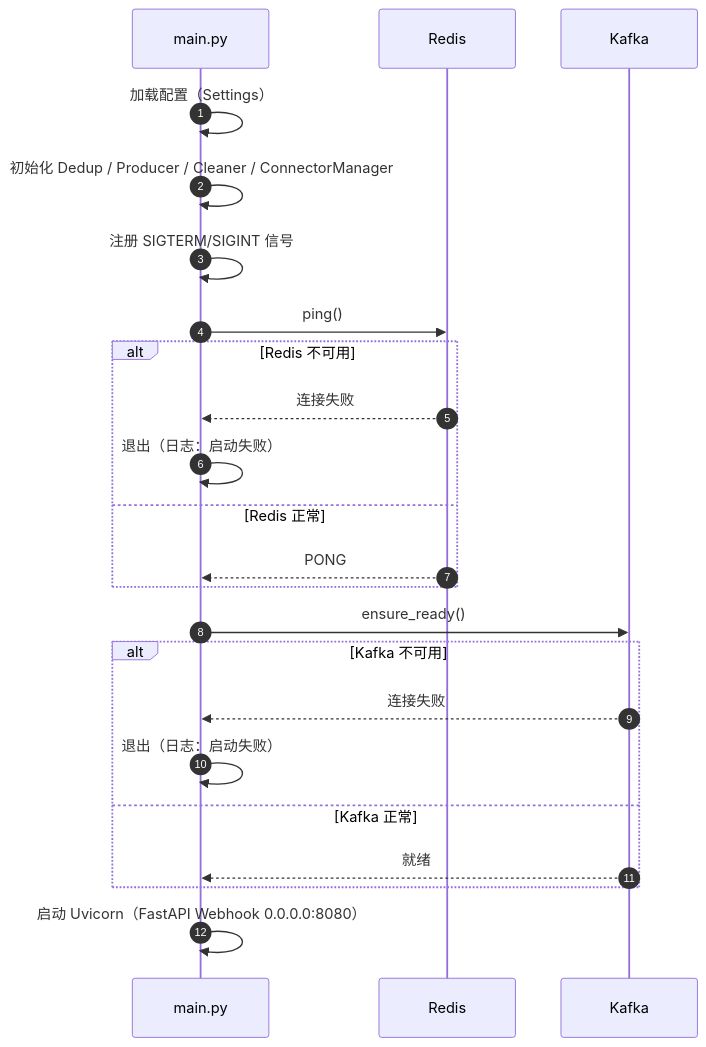
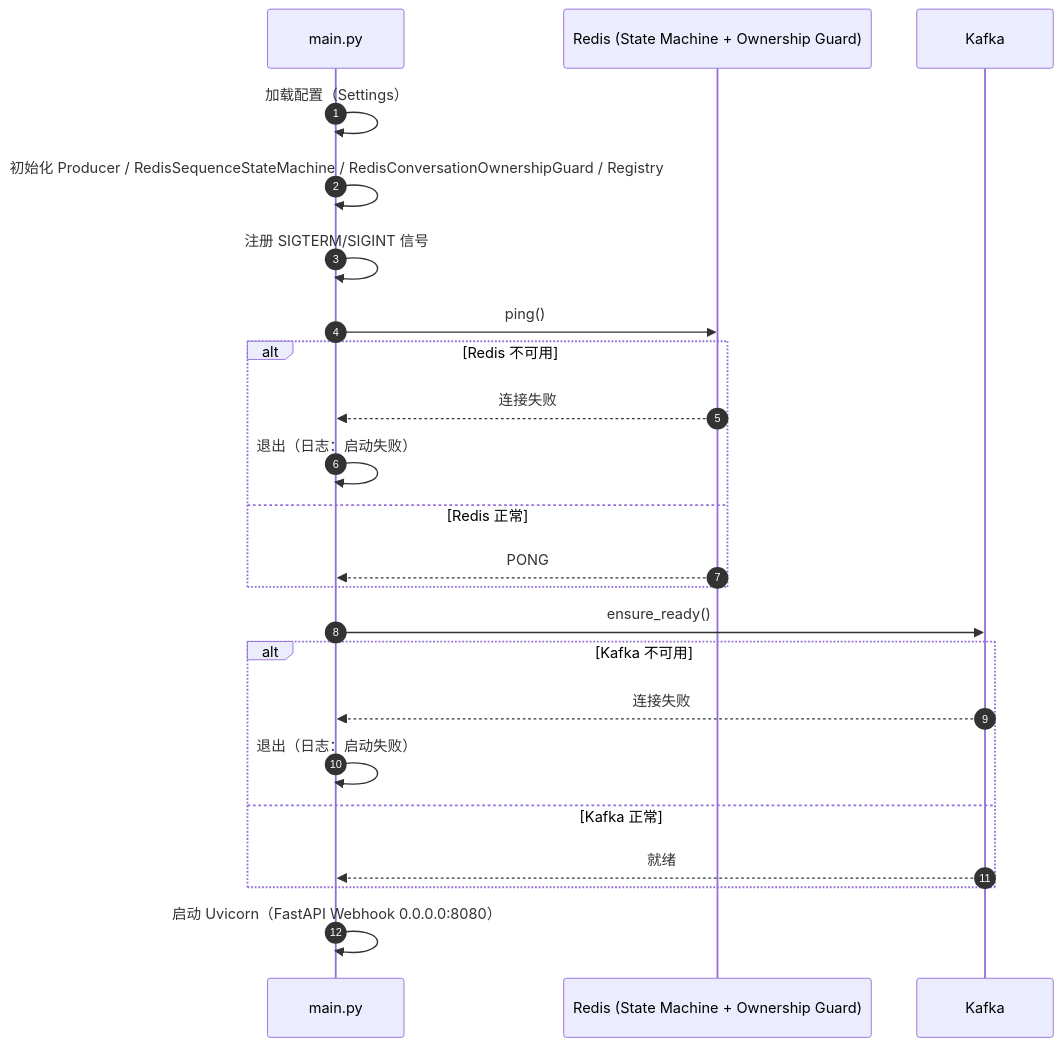
One commit to xiaodouya001/transcribe_service changed the second of 6 diagrams in design/application-design_zh.md. Above: the diagram before and after it, drawn with Mermaid. The commit also changed other lines of this file and 44 other files, not shown here.

Commit message:
Align EOL contract and unify Redis ownership/state modules

````diff
--- a/design/application-design_zh.md
+++ b/design/application-design_zh.md
@@ -80,29 +80,29 @@
 ```mermaid
 sequenceDiagram
     autonumber
     participant Main as main.py
-    participant Redis as Redis
+    participant RedisCore as Redis (State Machine + Ownership Guard)
     participant Kafka as Kafka
 
     Main->>Main: 加载配置（Settings）
-    Main->>Main: 初始化 Dedup / Producer / Cleaner / ConnectorManager
+    Main->>Main: 初始化 Producer / RedisSequenceStateMachine / RedisConversationOwnershipGuard / Registry
     Main->>Main: 注册 SIGTERM/SIGINT 信号
 
-    Main->>Redis: ping()
+    Main->>RedisCore: ping()
     alt Redis 不可用
-        Redis-->>Main: 连接失败
+        RedisCore-->>Main: 连接失败
         Main->>Main: 退出（日志：启动失败）
     else Redis 正常
-        Redis-->>Main: PONG
+        RedisCore-->>Main: PONG
     end
 
     Main->>Kafka: ensure_ready()
     alt Kafka 不可用
         Kafka-->>Main: 连接失败
         Main->>Main: 退出（日志：启动失败）
     else Kafka 正常
         Kafka-->>Main: 就绪
     end
 
     Main->>Main: 启动 Uvicorn（FastAPI Webhook 0.0.0.0:8080）
 ```
````
